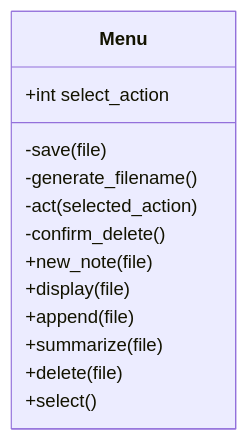
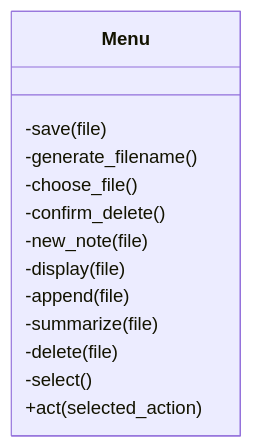
One commit to t-drape/SE300_Secure_Notes_App changed the diagram in LLD_Diagrams/Menu Class Diagram.md. Above: the diagram before and after it, drawn with Mermaid.

Commit message:
Refactor Menu class diagram for clarity

````diff
--- a/LLD_Diagrams/Menu Class Diagram.md
+++ b/LLD_Diagrams/Menu Class Diagram.md
@@ -1,16 +1,16 @@
 ```mermaid
 classDiagram
     class Menu {
-        +int select_action
         -save(file)
         -generate_filename()
-        -act(selected_action)
+        -choose_file()
         -confirm_delete()
-        +new_note(file)
-        +display(file)
-        +append(file)
-        +summarize(file)
-        +delete(file)
-        +select()
+        -new_note(file)
+        -display(file)
+        -append(file)
+        -summarize(file)
+        -delete(file)
+        -select()
+        +act(selected_action)
     }
 ```
````
